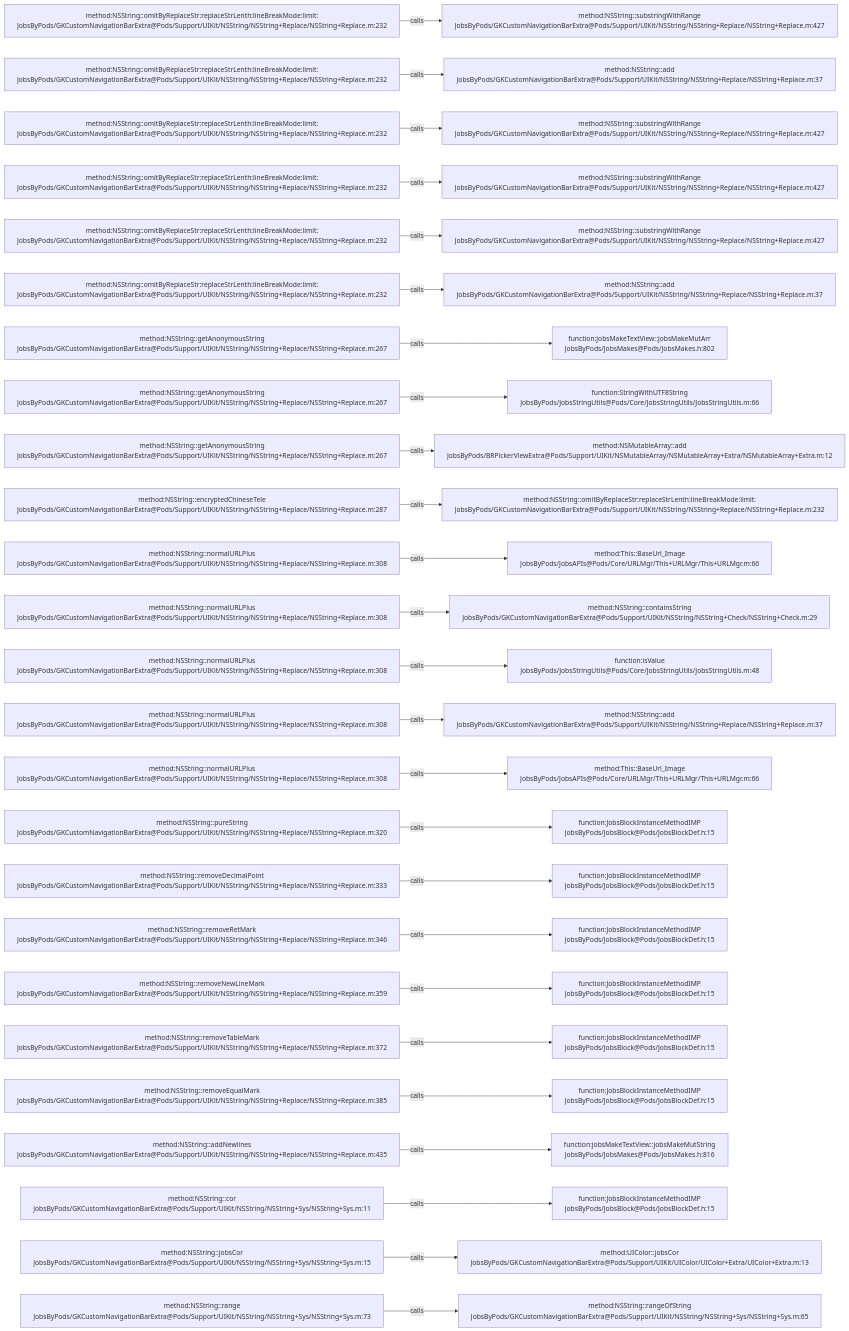
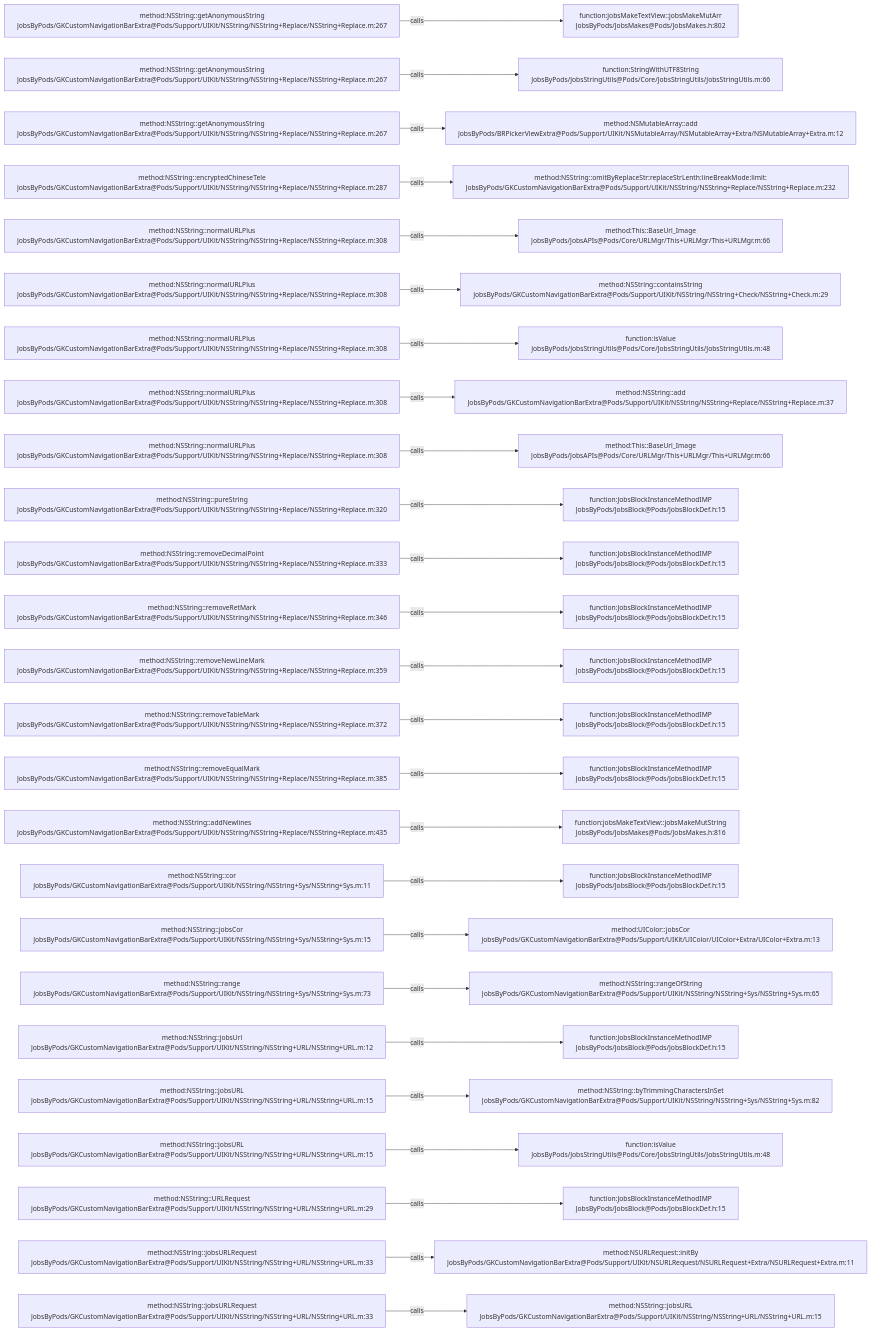
The diagram in .codegraph/codegraph.md/graphs/calls-019.md (JobsKits/JobsOCBaseConfigDemo), drawn with Mermaid before and after one commit. The commit also changed 223 other files, not shown here.

````diff
--- a/.codegraph/codegraph.md/graphs/calls-019.md
+++ b/.codegraph/codegraph.md/graphs/calls-019.md
@@ -13,78 +13,78 @@
 ```mermaid
 flowchart LR
-  S1["method:NSString::omitByReplaceStr:replaceStrLenth:lineBreakMode:limit:<br/>JobsByPods/GKCustomNavigationBarExtra@Pods/Support/UIKit/NSString/NSString+Replace/NSString+Replace.m:232"]
-  T1["method:NSString::substringWithRange<br/>JobsByPods/GKCustomNavigationBarExtra@Pods/Support/UIKit/NSString/NSString+Replace/NSString+Replace.m:427"]
+  S1["method:NSString::getAnonymousString<br/>JobsByPods/GKCustomNavigationBarExtra@Pods/Support/UIKit/NSString/NSString+Replace/NSString+Replace.m:267"]
+  T1["function:jobsMakeTextView::jobsMakeMutArr<br/>JobsByPods/JobsMakes@Pods/JobsMakes.h:802"]
   S1 -->|calls| T1
-  S2["method:NSString::omitByReplaceStr:replaceStrLenth:lineBreakMode:limit:<br/>JobsByPods/GKCustomNavigationBarExtra@Pods/Support/UIKit/NSString/NSString+Replace/NSString+Replace.m:232"]
-  T2["method:NSString::add<br/>JobsByPods/GKCustomNavigationBarExtra@Pods/Support/UIKit/NSString/NSString+Replace/NSString+Replace.m:37"]
+  S2["method:NSString::getAnonymousString<br/>JobsByPods/GKCustomNavigationBarExtra@Pods/Support/UIKit/NSString/NSString+Replace/NSString+Replace.m:267"]
+  T2["function:StringWithUTF8String<br/>JobsByPods/JobsStringUtils@Pods/Core/JobsStringUtils/JobsStringUtils.m:66"]
   S2 -->|calls| T2
-  S3["method:NSString::omitByReplaceStr:replaceStrLenth:lineBreakMode:limit:<br/>JobsByPods/GKCustomNavigationBarExtra@Pods/Support/UIKit/NSString/NSString+Replace/NSString+Replace.m:232"]
-  T3["method:NSString::substringWithRange<br/>JobsByPods/GKCustomNavigationBarExtra@Pods/Support/UIKit/NSString/NSString+Replace/NSString+Replace.m:427"]
+  S3["method:NSString::getAnonymousString<br/>JobsByPods/GKCustomNavigationBarExtra@Pods/Support/UIKit/NSString/NSString+Replace/NSString+Replace.m:267"]
+  T3["method:NSMutableArray::add<br/>JobsByPods/BRPickerViewExtra@Pods/Support/UIKit/NSMutableArray/NSMutableArray+Extra/NSMutableArray+Extra.m:12"]
   S3 -->|calls| T3
-  S4["method:NSString::omitByReplaceStr:replaceStrLenth:lineBreakMode:limit:<br/>JobsByPods/GKCustomNavigationBarExtra@Pods/Support/UIKit/NSString/NSString+Replace/NSString+Replace.m:232"]
-  T4["method:NSString::substringWithRange<br/>JobsByPods/GKCustomNavigationBarExtra@Pods/Support/UIKit/NSString/NSString+Replace/NSString+Replace.m:427"]
+  S4["method:NSString::encryptedChineseTele<br/>JobsByPods/GKCustomNavigationBarExtra@Pods/Support/UIKit/NSString/NSString+Replace/NSString+Replace.m:287"]
+  T4["method:NSString::omitByReplaceStr:replaceStrLenth:lineBreakMode:limit:<br/>JobsByPods/GKCustomNavigationBarExtra@Pods/Support/UIKit/NSString/NSString+Replace/NSString+Replace.m:232"]
   S4 -->|calls| T4
-  S5["method:NSString::omitByReplaceStr:replaceStrLenth:lineBreakMode:limit:<br/>JobsByPods/GKCustomNavigationBarExtra@Pods/Support/UIKit/NSString/NSString+Replace/NSString+Replace.m:232"]
-  T5["method:NSString::substringWithRange<br/>JobsByPods/GKCustomNavigationBarExtra@Pods/Support/UIKit/NSString/NSString+Replace/NSString+Replace.m:427"]
+  S5["method:NSString::normalURLPlus<br/>JobsByPods/GKCustomNavigationBarExtra@Pods/Support/UIKit/NSString/NSString+Replace/NSString+Replace.m:308"]
+  T5["method:This::BaseUrl_Image<br/>JobsByPods/JobsAPIs@Pods/Core/URLMgr/This+URLMgr/This+URLMgr.m:66"]
   S5 -->|calls| T5
-  S6["method:NSString::omitByReplaceStr:replaceStrLenth:lineBreakMode:limit:<br/>JobsByPods/GKCustomNavigationBarExtra@Pods/Support/UIKit/NSString/NSString+Replace/NSString+Replace.m:232"]
-  T6["method:NSString::add<br/>JobsByPods/GKCustomNavigationBarExtra@Pods/Support/UIKit/NSString/NSString+Replace/NSString+Replace.m:37"]
+  S6["method:NSString::normalURLPlus<br/>JobsByPods/GKCustomNavigationBarExtra@Pods/Support/UIKit/NSString/NSString+Replace/NSString+Replace.m:308"]
+  T6["method:NSString::containsString<br/>JobsByPods/GKCustomNavigationBarExtra@Pods/Support/UIKit/NSString/NSString+Check/NSString+Check.m:29"]
   S6 -->|calls| T6
-  S7["method:NSString::getAnonymousString<br/>JobsByPods/GKCustomNavigationBarExtra@Pods/Support/UIKit/NSString/NSString+Replace/NSString+Replace.m:267"]
-  T7["function:jobsMakeTextView::jobsMakeMutArr<br/>JobsByPods/JobsMakes@Pods/JobsMakes.h:802"]
+  S7["method:NSString::normalURLPlus<br/>JobsByPods/GKCustomNavigationBarExtra@Pods/Support/UIKit/NSString/NSString+Replace/NSString+Replace.m:308"]
+  T7["function:isValue<br/>JobsByPods/JobsStringUtils@Pods/Core/JobsStringUtils/JobsStringUtils.m:48"]
   S7 -->|calls| T7
-  S8["method:NSString::getAnonymousString<br/>JobsByPods/GKCustomNavigationBarExtra@Pods/Support/UIKit/NSString/NSString+Replace/NSString+Replace.m:267"]
-  T8["function:StringWithUTF8String<br/>JobsByPods/JobsStringUtils@Pods/Core/JobsStringUtils/JobsStringUtils.m:66"]
+  S8["method:NSString::normalURLPlus<br/>JobsByPods/GKCustomNavigationBarExtra@Pods/Support/UIKit/NSString/NSString+Replace/NSString+Replace.m:308"]
+  T8["method:NSString::add<br/>JobsByPods/GKCustomNavigationBarExtra@Pods/Support/UIKit/NSString/NSString+Replace/NSString+Replace.m:37"]
   S8 -->|calls| T8
-  S9["method:NSString::getAnonymousString<br/>JobsByPods/GKCustomNavigationBarExtra@Pods/Support/UIKit/NSString/NSString+Replace/NSString+Replace.m:267"]
-  T9["method:NSMutableArray::add<br/>JobsByPods/BRPickerViewExtra@Pods/Support/UIKit/NSMutableArray/NSMutableArray+Extra/NSMutableArray+Extra.m:12"]
+  S9["method:NSString::normalURLPlus<br/>JobsByPods/GKCustomNavigationBarExtra@Pods/Support/UIKit/NSString/NSString+Replace/NSString+Replace.m:308"]
+  T9["method:This::BaseUrl_Image<br/>JobsByPods/JobsAPIs@Pods/Core/URLMgr/This+URLMgr/This+URLMgr.m:66"]
   S9 -->|calls| T9
-  S10["method:NSString::encryptedChineseTele<br/>JobsByPods/GKCustomNavigationBarExtra@Pods/Support/UIKit/NSString/NSString+Replace/NSString+Replace.m:287"]
-  T10["method:NSString::omitByReplaceStr:replaceStrLenth:lineBreakMode:limit:<br/>JobsByPods/GKCustomNavigationBarExtra@Pods/Support/UIKit/NSString/NSString+Replace/NSString+Replace.m:232"]
+  S10["method:NSString::pureString<br/>JobsByPods/GKCustomNavigationBarExtra@Pods/Support/UIKit/NSString/NSString+Replace/NSString+Replace.m:320"]
+  T10["function:JobsBlockInstanceMethodIMP<br/>JobsByPods/JobsBlock@Pods/JobsBlockDef.h:15"]
   S10 -->|calls| T10
-  S11["method:NSString::normalURLPlus<br/>JobsByPods/GKCustomNavigationBarExtra@Pods/Support/UIKit/NSString/NSString+Replace/NSString+Replace.m:308"]
-  T11["method:This::BaseUrl_Image<br/>JobsByPods/JobsAPIs@Pods/Core/URLMgr/This+URLMgr/This+URLMgr.m:66"]
+  S11["method:NSString::removeDecimalPoint<br/>JobsByPods/GKCustomNavigationBarExtra@Pods/Support/UIKit/NSString/NSString+Replace/NSString+Replace.m:333"]
+  T11["function:JobsBlockInstanceMethodIMP<br/>JobsByPods/JobsBlock@Pods/JobsBlockDef.h:15"]
   S11 -->|calls| T11
-  S12["method:NSString::normalURLPlus<br/>JobsByPods/GKCustomNavigationBarExtra@Pods/Support/UIKit/NSString/NSString+Replace/NSString+Replace.m:308"]
-  T12["method:NSString::containsString<br/>JobsByPods/GKCustomNavigationBarExtra@Pods/Support/UIKit/NSString/NSString+Check/NSString+Check.m:29"]
+  S12["method:NSString::removeRetMark<br/>JobsByPods/GKCustomNavigationBarExtra@Pods/Support/UIKit/NSString/NSString+Replace/NSString+Replace.m:346"]
+  T12["function:JobsBlockInstanceMethodIMP<br/>JobsByPods/JobsBlock@Pods/JobsBlockDef.h:15"]
   S12 -->|calls| T12
-  S13["method:NSString::normalURLPlus<br/>JobsByPods/GKCustomNavigationBarExtra@Pods/Support/UIKit/NSString/NSString+Replace/NSString+Replace.m:308"]
-  T13["function:isValue<br/>JobsByPods/JobsStringUtils@Pods/Core/JobsStringUtils/JobsStringUtils.m:48"]
+  S13["method:NSString::removeNewLineMark<br/>JobsByPods/GKCustomNavigationBarExtra@Pods/Support/UIKit/NSString/NSString+Replace/NSString+Replace.m:359"]
+  T13["function:JobsBlockInstanceMethodIMP<br/>JobsByPods/JobsBlock@Pods/JobsBlockDef.h:15"]
   S13 -->|calls| T13
-  S14["method:NSString::normalURLPlus<br/>JobsByPods/GKCustomNavigationBarExtra@Pods/Support/UIKit/NSString/NSString+Replace/NSString+Replace.m:308"]
-  T14["method:NSString::add<br/>JobsByPods/GKCustomNavigationBarExtra@Pods/Support/UIKit/NSString/NSString+Replace/NSString+Replace.m:37"]
+  S14["method:NSString::removeTableMark<br/>JobsByPods/GKCustomNavigationBarExtra@Pods/Support/UIKit/NSString/NSString+Replace/NSString+Replace.m:372"]
+  T14["function:JobsBlockInstanceMethodIMP<br/>JobsByPods/JobsBlock@Pods/JobsBlockDef.h:15"]
   S14 -->|calls| T14
-  S15["method:NSString::normalURLPlus<br/>JobsByPods/GKCustomNavigationBarExtra@Pods/Support/UIKit/NSString/NSString+Replace/NSString+Replace.m:308"]
-  T15["method:This::BaseUrl_Image<br/>JobsByPods/JobsAPIs@Pods/Core/URLMgr/This+URLMgr/This+URLMgr.m:66"]
+  S15["method:NSString::removeEqualMark<br/>JobsByPods/GKCustomNavigationBarExtra@Pods/Support/UIKit/NSString/NSString+Replace/NSString+Replace.m:385"]
+  T15["function:JobsBlockInstanceMethodIMP<br/>JobsByPods/JobsBlock@Pods/JobsBlockDef.h:15"]
   S15 -->|calls| T15
-  S16["method:NSString::pureString<br/>JobsByPods/GKCustomNavigationBarExtra@Pods/Support/UIKit/NSString/NSString+Replace/NSString+Replace.m:320"]
-  T16["function:JobsBlockInstanceMethodIMP<br/>JobsByPods/JobsBlock@Pods/JobsBlockDef.h:15"]
+  S16["method:NSString::addNewlines<br/>JobsByPods/GKCustomNavigationBarExtra@Pods/Support/UIKit/NSString/NSString+Replace/NSString+Replace.m:435"]
+  T16["function:jobsMakeTextView::jobsMakeMutString<br/>JobsByPods/JobsMakes@Pods/JobsMakes.h:816"]
   S16 -->|calls| T16
-  S17["method:NSString::removeDecimalPoint<br/>JobsByPods/GKCustomNavigationBarExtra@Pods/Support/UIKit/NSString/NSString+Replace/NSString+Replace.m:333"]
+  S17["method:NSString::cor<br/>JobsByPods/GKCustomNavigationBarExtra@Pods/Support/UIKit/NSString/NSString+Sys/NSString+Sys.m:11"]
   T17["function:JobsBlockInstanceMethodIMP<br/>JobsByPods/JobsBlock@Pods/JobsBlockDef.h:15"]
   S17 -->|calls| T17
-  S18["method:NSString::removeRetMark<br/>JobsByPods/GKCustomNavigationBarExtra@Pods/Support/UIKit/NSString/NSString+Replace/NSString+Replace.m:346"]
-  T18["function:JobsBlockInstanceMethodIMP<br/>JobsByPods/JobsBlock@Pods/JobsBlockDef.h:15"]
+  S18["method:NSString::jobsCor<br/>JobsByPods/GKCustomNavigationBarExtra@Pods/Support/UIKit/NSString/NSString+Sys/NSString+Sys.m:15"]
+  T18["method:UIColor::jobsCor<br/>JobsByPods/GKCustomNavigationBarExtra@Pods/Support/UIKit/UIColor/UIColor+Extra/UIColor+Extra.m:13"]
   S18 -->|calls| T18
-  S19["method:NSString::removeNewLineMark<br/>JobsByPods/GKCustomNavigationBarExtra@Pods/Support/UIKit/NSString/NSString+Replace/NSString+Replace.m:359"]
-  T19["function:JobsBlockInstanceMethodIMP<br/>JobsByPods/JobsBlock@Pods/JobsBlockDef.h:15"]
+  S19["method:NSString::range<br/>JobsByPods/GKCustomNavigationBarExtra@Pods/Support/UIKit/NSString/NSString+Sys/NSString+Sys.m:73"]
+  T19["method:NSString::rangeOfString<br/>JobsByPods/GKCustomNavigationBarExtra@Pods/Support/UIKit/NSString/NSString+Sys/NSString+Sys.m:65"]
   S19 -->|calls| T19
-  S20["method:NSString::removeTableMark<br/>JobsByPods/GKCustomNavigationBarExtra@Pods/Support/UIKit/NSString/NSString+Replace/NSString+Replace.m:372"]
+  S20["method:NSString::jobsUrl<br/>JobsByPods/GKCustomNavigationBarExtra@Pods/Support/UIKit/NSString/NSString+URL/NSString+URL.m:12"]
   T20["function:JobsBlockInstanceMethodIMP<br/>JobsByPods/JobsBlock@Pods/JobsBlockDef.h:15"]
   S20 -->|calls| T20
-  S21["method:NSString::removeEqualMark<br/>JobsByPods/GKCustomNavigationBarExtra@Pods/Support/UIKit/NSString/NSString+Replace/NSString+Replace.m:385"]
-  T21["function:JobsBlockInstanceMethodIMP<br/>JobsByPods/JobsBlock@Pods/JobsBlockDef.h:15"]
+  S21["method:NSString::jobsURL<br/>JobsByPods/GKCustomNavigationBarExtra@Pods/Support/UIKit/NSString/NSString+URL/NSString+URL.m:15"]
+  T21["method:NSString::byTrimmingCharactersInSet<br/>JobsByPods/GKCustomNavigationBarExtra@Pods/Support/UIKit/NSString/NSString+Sys/NSString+Sys.m:82"]
   S21 -->|calls| T21
-  S22["method:NSString::addNewlines<br/>JobsByPods/GKCustomNavigationBarExtra@Pods/Support/UIKit/NSString/NSString+Replace/NSString+Replace.m:435"]
-  T22["function:jobsMakeTextView::jobsMakeMutString<br/>JobsByPods/JobsMakes@Pods/JobsMakes.h:816"]
+  S22["method:NSString::jobsURL<br/>JobsByPods/GKCustomNavigationBarExtra@Pods/Support/UIKit/NSString/NSString+URL/NSString+URL.m:15"]
+  T22["function:isValue<br/>JobsByPods/JobsStringUtils@Pods/Core/JobsStringUtils/JobsStringUtils.m:48"]
   S22 -->|calls| T22
-  S23["method:NSString::cor<br/>JobsByPods/GKCustomNavigationBarExtra@Pods/Support/UIKit/NSString/NSString+Sys/NSString+Sys.m:11"]
+  S23["method:NSString::URLRequest<br/>JobsByPods/GKCustomNavigationBarExtra@Pods/Support/UIKit/NSString/NSString+URL/NSString+URL.m:29"]
   T23["function:JobsBlockInstanceMethodIMP<br/>JobsByPods/JobsBlock@Pods/JobsBlockDef.h:15"]
   S23 -->|calls| T23
-  S24["method:NSString::jobsCor<br/>JobsByPods/GKCustomNavigationBarExtra@Pods/Support/UIKit/NSString/NSString+Sys/NSString+Sys.m:15"]
-  T24["method:UIColor::jobsCor<br/>JobsByPods/GKCustomNavigationBarExtra@Pods/Support/UIKit/UIColor/UIColor+Extra/UIColor+Extra.m:13"]
+  S24["method:NSString::jobsURLRequest<br/>JobsByPods/GKCustomNavigationBarExtra@Pods/Support/UIKit/NSString/NSString+URL/NSString+URL.m:33"]
+  T24["method:NSURLRequest::initBy<br/>JobsByPods/GKCustomNavigationBarExtra@Pods/Support/UIKit/NSURLRequest/NSURLRequest+Extra/NSURLRequest+Extra.m:11"]
   S24 -->|calls| T24
-  S25["method:NSString::range<br/>JobsByPods/GKCustomNavigationBarExtra@Pods/Support/UIKit/NSString/NSString+Sys/NSString+Sys.m:73"]
-  T25["method:NSString::rangeOfString<br/>JobsByPods/GKCustomNavigationBarExtra@Pods/Support/UIKit/NSString/NSString+Sys/NSString+Sys.m:65"]
+  S25["method:NSString::jobsURLRequest<br/>JobsByPods/GKCustomNavigationBarExtra@Pods/Support/UIKit/NSString/NSString+URL/NSString+URL.m:33"]
+  T25["method:NSString::jobsURL<br/>JobsByPods/GKCustomNavigationBarExtra@Pods/Support/UIKit/NSString/NSString+URL/NSString+URL.m:15"]
   S25 -->|calls| T25
 ```
````
